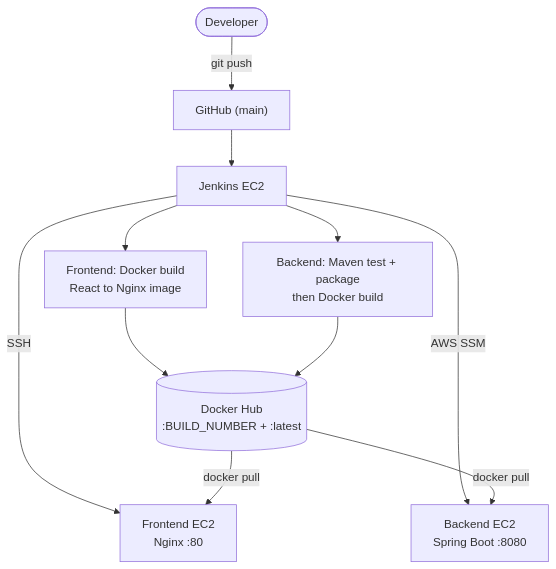
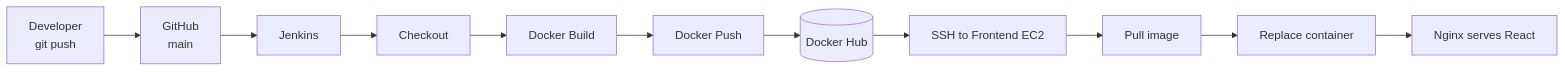
The third of 3 diagrams in Project_Overview.md (ajaydhadi95-gif/-FlightFinder-frontend-React), drawn with Mermaid before and after one commit. The commit also changed other lines of this file, not shown here.

````diff
--- a/Project_Overview.md
+++ b/Project_Overview.md
@@ -262,13 +109,13 @@
 ```mermaid
-flowchart TD
-    DEV([Developer]) -->|git push| GH["GitHub (main)"]
-    GH --> J[Jenkins EC2]
-    J --> FB["Frontend: Docker build<br/>React to Nginx image"]
-    J --> BB["Backend: Maven test + package<br/>then Docker build"]
-    FB --> DH[("Docker Hub<br/>:BUILD_NUMBER + :latest")]
-    BB --> DH
-    J -->|SSH| FE["Frontend EC2<br/>Nginx :80"]
-    J -->|AWS SSM| BE["Backend EC2<br/>Spring Boot :8080"]
-    DH -->|docker pull| FE
-    DH -->|docker pull| BE
+flowchart LR
+    A[Developer<br/>git push] --> B[GitHub<br/>main]
+    B --> C[Jenkins]
+    C --> D[Checkout]
+    D --> E[Docker Build]
+    E --> F[Docker Push]
+    F --> G[(Docker Hub)]
+    G --> H[SSH to Frontend EC2]
+    H --> I[Pull image]
+    I --> J[Replace container]
+    J --> K[Nginx serves React]
 ```
````
